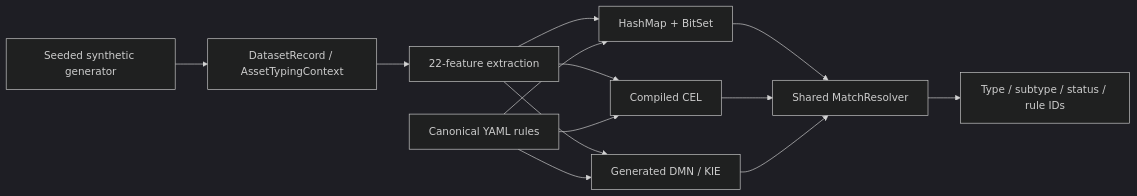
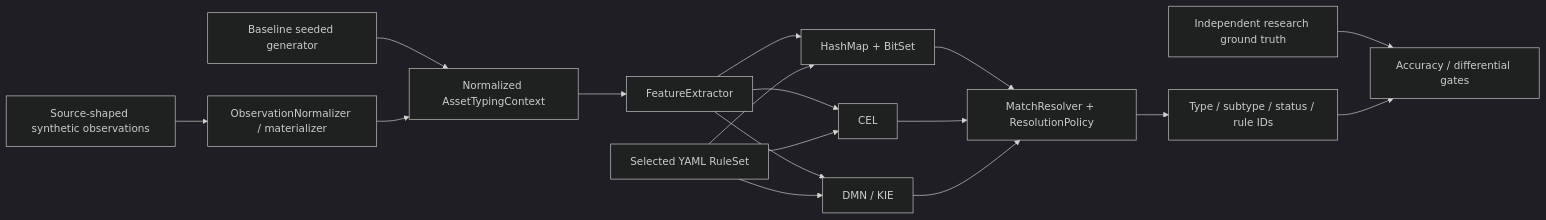
The diagram in docs/ARCHITECTURE.md (GAbra/itam-asset-typing-benchmark), drawn with Mermaid (dark theme) before and after one commit. The commit also changed other lines of this file and 5 other files, not shown here.

Commit message:
Align implementation docs with completed research architecture

````diff
--- a/docs/ARCHITECTURE.md
+++ b/docs/ARCHITECTURE.md
@@ -13,11 +14,15 @@
 ```mermaid
 flowchart LR
-    G[Seeded synthetic generator] --> C[DatasetRecord / AssetTypingContext]
-    C --> F[22-feature extraction]
+    BGEN[Baseline seeded generator] --> N[Normalized AssetTypingContext]
+    SRC[Source-shaped synthetic observations] --> MAT[ObservationNormalizer / materializer]
+    MAT --> N
+    N --> F[FeatureExtractor]
     F --> B[HashMap + BitSet]
-    F --> E[Compiled CEL]
-    F --> D[Generated DMN / KIE]
-    R[Canonical YAML rules] --> B & E & D
-    B & E & D --> M[Shared MatchResolver]
+    F --> C[CEL]
+    F --> D[DMN / KIE]
+    R[Selected YAML RuleSet] --> B & C & D
+    B & C & D --> M[MatchResolver + ResolutionPolicy]
     M --> O[Type / subtype / status / rule IDs]
+    GT[Independent research ground truth] --> V[Accuracy / differential gates]
+    O --> V
 ```
````
